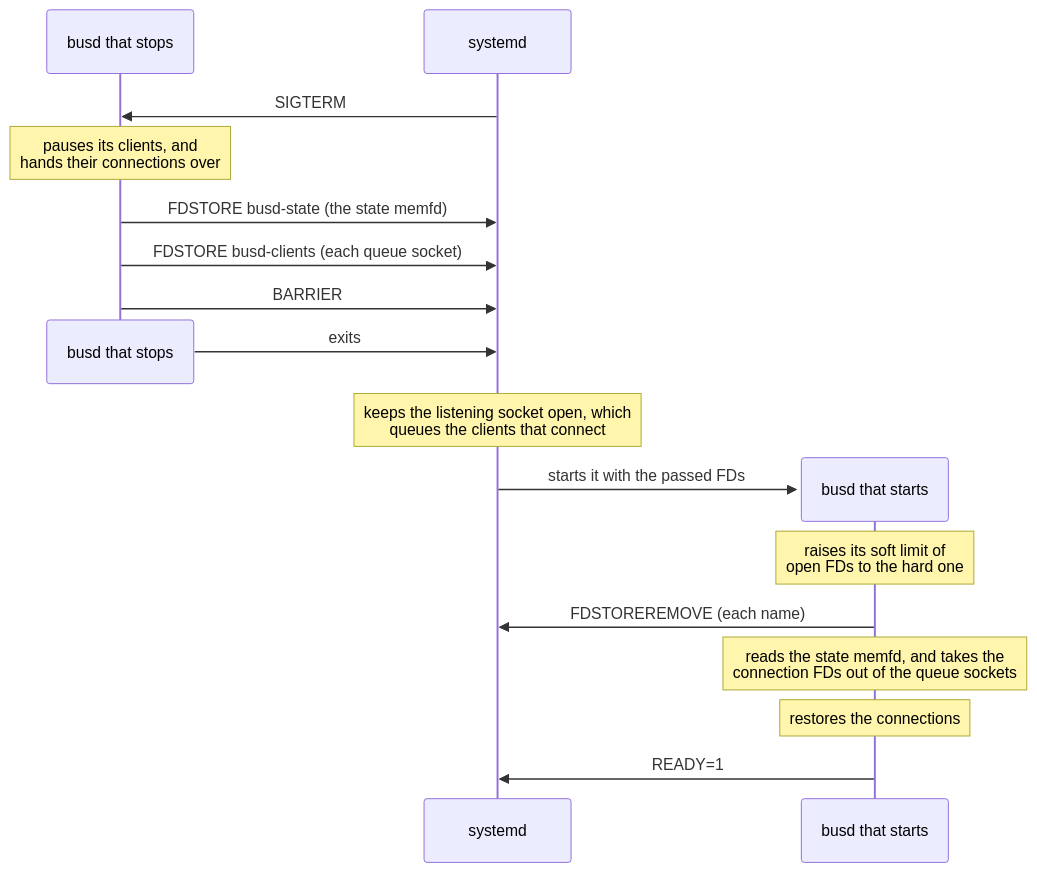
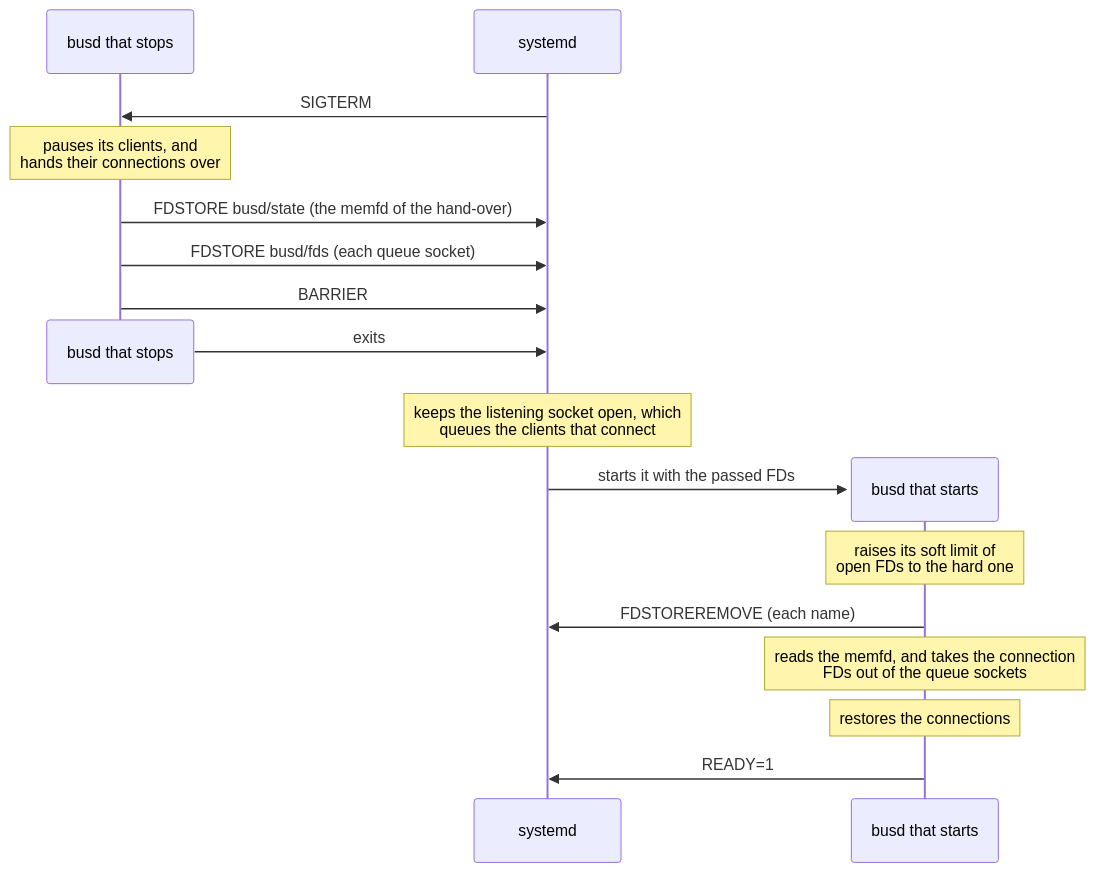
Before and after one commit to z-galaxy/busd: the diagram in src/bus/systemd/restart.mmd, drawn with Mermaid. The commit also changed 13 other files, not shown here.

```diff
--- a/src/bus/systemd/restart.mmd
+++ b/src/bus/systemd/restart.mmd
@@ -1,18 +1,18 @@
 sequenceDiagram
     participant old as busd that stops
     participant systemd
     systemd->>old: SIGTERM
     Note over old: pauses its clients, and<br/>hands their connections over
-    old->>systemd: FDSTORE busd-state (the state memfd)
-    old->>systemd: FDSTORE busd-clients (each queue socket)
+    old->>systemd: FDSTORE busd/state (the memfd of the hand-over)
+    old->>systemd: FDSTORE busd/fds (each queue socket)
     old->>systemd: BARRIER
     destroy old
     old->>systemd: exits
     Note over systemd: keeps the listening socket open, which<br/>queues the clients that connect
     create participant new as busd that starts
     systemd->>new: starts it with the passed FDs
     Note over new: raises its soft limit of<br/>open FDs to the hard one
     new->>systemd: FDSTOREREMOVE (each name)
-    Note over new: reads the state memfd, and takes the<br/>connection FDs out of the queue sockets
+    Note over new: reads the memfd, and takes the connection<br/>FDs out of the queue sockets
     Note over new: restores the connections
     new->>systemd: READY=1
```
